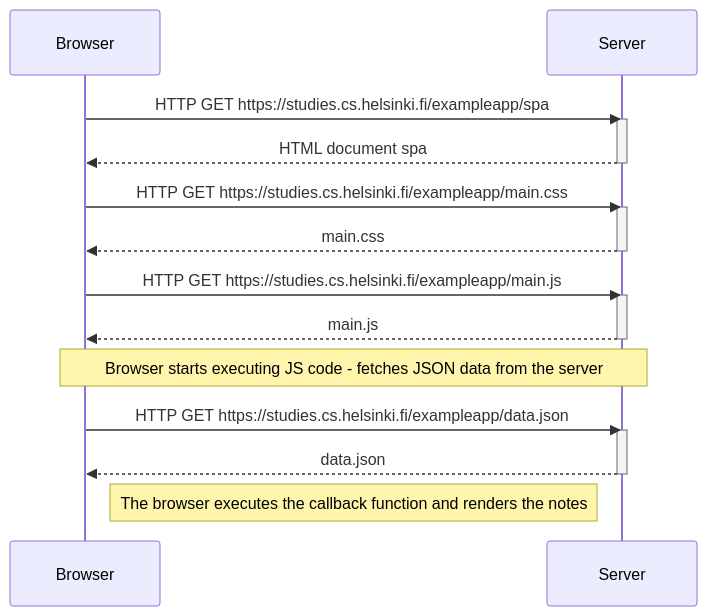
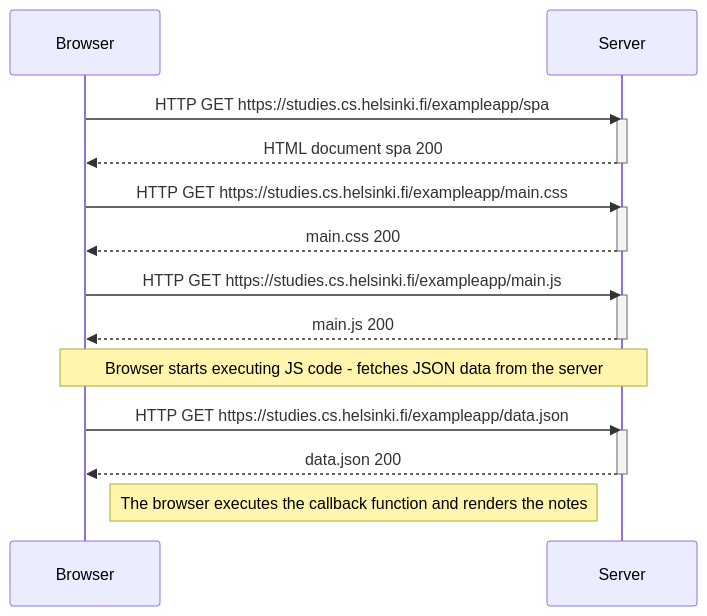
One commit to cmfredricksen/full-stack-open-exercises changed the first of 2 diagrams in part-0/exercise0-SPA.md. Above: the diagram before and after it, drawn with Mermaid. The commit also changed 1 other file, not shown here.

Commit message:
Add status codes

````diff
--- a/part-0/exercise0-SPA.md
+++ b/part-0/exercise0-SPA.md
@@ -7,30 +7,30 @@
 ```mermaid
 sequenceDiagram
     participant b as Browser
     participant s as Server
 
     b->>s: HTTP GET https://studies.cs.helsinki.fi/exampleapp/spa
     activate s
-    s-->>b: HTML document spa
+    s-->>b: HTML document spa 200
     deactivate s
 
     b->>s: HTTP GET https://studies.cs.helsinki.fi/exampleapp/main.css
     activate s
-    s-->>b: main.css
+    s-->>b: main.css 200
     deactivate s
 
     b->>s: HTTP GET https://studies.cs.helsinki.fi/exampleapp/main.js
     activate s
-    s-->>b: main.js
+    s-->>b: main.js 200
     deactivate s
 
     Note over b, s: Browser starts executing JS code - fetches JSON data from the server
 
     b->>s: HTTP GET https://studies.cs.helsinki.fi/exampleapp/data.json
     activate s
-    s-->>b: data.json
+    s-->>b: data.json 200
     deactivate s
 
     Note right of b: The browser executes the callback function and renders the notes
 
 ```
````
